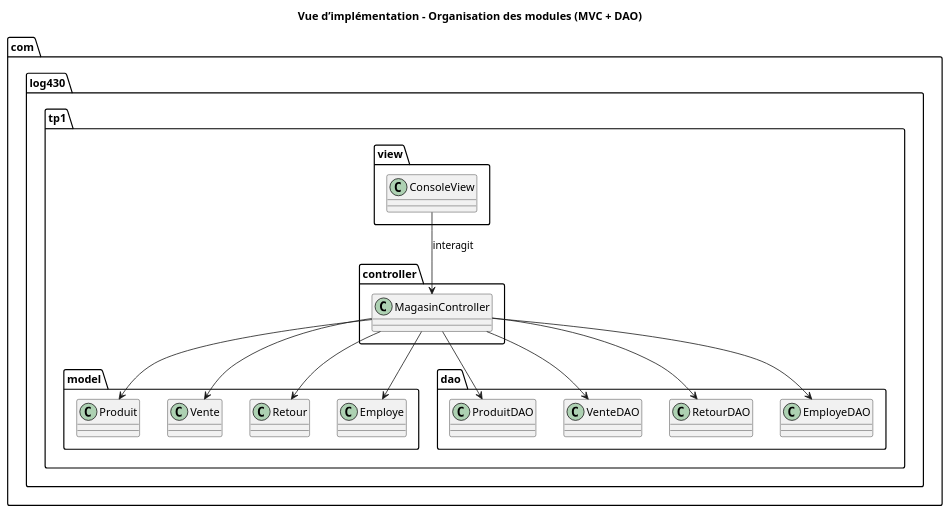
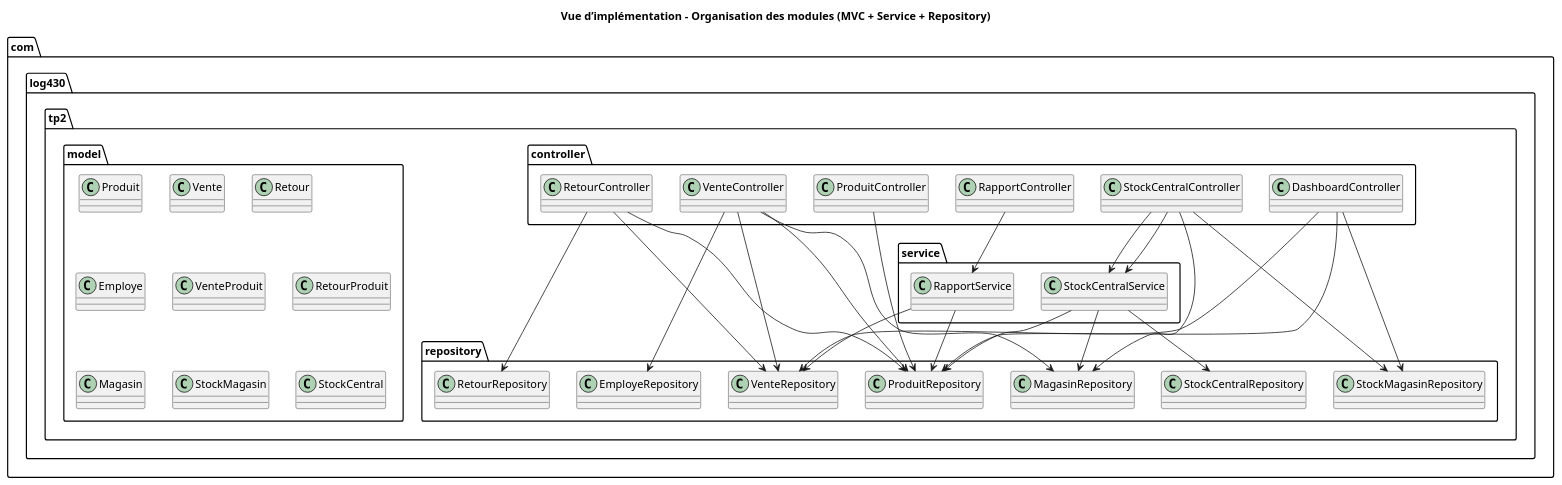
One commit to SlitherinSnake/tp0-1-2-log430 changed the diagram in docs/diagrams/di.puml. Above: the diagram before and after it, drawn with PlantUML. The commit also changed 14 other files, not shown here.

```diff
--- a/docs/diagrams/di.puml
+++ b/docs/diagrams/di.puml
@@ -1,37 +1,72 @@
 @startuml
-title Vue d’implémentation – Organisation des modules (MVC + DAO)
+title Vue d’implémentation – Organisation des modules (MVC + Service + Repository)
 
-package "com.log430.tp1.view" {
-  class ConsoleView
+' === Packages ===
+package "com.log430.tp2.controller" {
+  class ProduitController
+  class VenteController
+  class RetourController
+  class StockCentralController
+  class RapportController
+  class DashboardController
 }
 
-package "com.log430.tp1.controller" {
-  class MagasinController
+package "com.log430.tp2.service" {
+  class RapportService
+  class StockCentralService
 }
 
-package "com.log430.tp1.model" {
+package "com.log430.tp2.repository" {
+  class ProduitRepository
+  class VenteRepository
+  class RetourRepository
+  class EmployeRepository
+  class MagasinRepository
+  class StockMagasinRepository
+  class StockCentralRepository
+}
+
+package "com.log430.tp2.model" {
   class Produit
   class Vente
   class Retour
   class Employe
+  class VenteProduit
+  class RetourProduit
+  class Magasin
+  class StockMagasin
+  class StockCentral
 }
 
-package "com.log430.tp1.dao" {
-  class ProduitDAO
-  class VenteDAO
-  class RetourDAO
-  class EmployeDAO
-}
+' === Relations contrôleurs → services ===
+RapportController --> RapportService
+StockCentralController --> StockCentralService
 
-ConsoleView --> MagasinController : interagit
+' === Relations contrôleurs → repositories ===
+ProduitController --> ProduitRepository
+VenteController --> ProduitRepository
+VenteController --> VenteRepository
+VenteController --> EmployeRepository
+VenteController --> MagasinRepository
 
-MagasinController --> ProduitDAO
-MagasinController --> VenteDAO
-MagasinController --> RetourDAO
-MagasinController --> EmployeDAO
+RetourController --> RetourRepository
+RetourController --> VenteRepository
+RetourController --> ProduitRepository
 
-MagasinController --> Produit
-MagasinController --> Vente
-MagasinController --> Retour
-MagasinController --> Employe
+DashboardController --> VenteRepository
+DashboardController --> StockMagasinRepository
+DashboardController --> ProduitRepository
+
+StockCentralController --> MagasinRepository
+StockCentralController --> StockMagasinRepository
+StockCentralController --> StockCentralService
+
+' === Services → Repositories ===
+RapportService --> VenteRepository
+RapportService --> ProduitRepository
+
+StockCentralService --> ProduitRepository
+StockCentralService --> MagasinRepository
+StockCentralService --> StockCentralRepository
+
 @enduml
```
